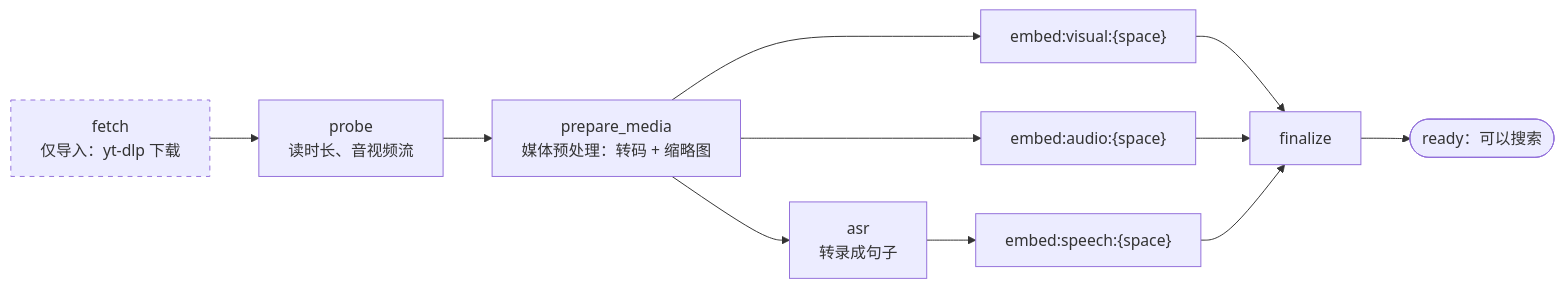
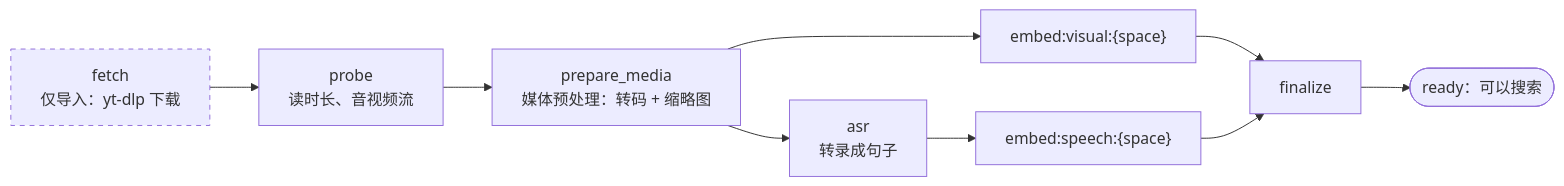
One commit to realOzine/videohelper changed the seventh of 17 diagrams in docs/design.md. Above: the diagram before and after it, drawn with Mermaid. The commit also changed other lines of this file and 7 other files, not shown here.

````diff
--- a/docs/design.md
+++ b/docs/design.md
@@ -407,14 +406,12 @@
 ```mermaid
 flowchart LR
   F["fetch<br/>仅导入：yt-dlp 下载"]:::opt --> PR["probe<br/>读时长、音视频流"]
   PR --> PM["prepare_media<br/>媒体预处理：转码 + 缩略图"]
   PM --> V["embed:visual:{space}"]
-  PM --> AU["embed:audio:{space}"]
   PM --> ASR["asr<br/>转录成句子"]
   ASR --> SP["embed:speech:{space}"]
   V --> FIN["finalize"]
-  AU --> FIN
   SP --> FIN
   FIN --> RDY(["ready：可以搜索"])
   classDef opt stroke-dasharray: 5 5
 ```
````
